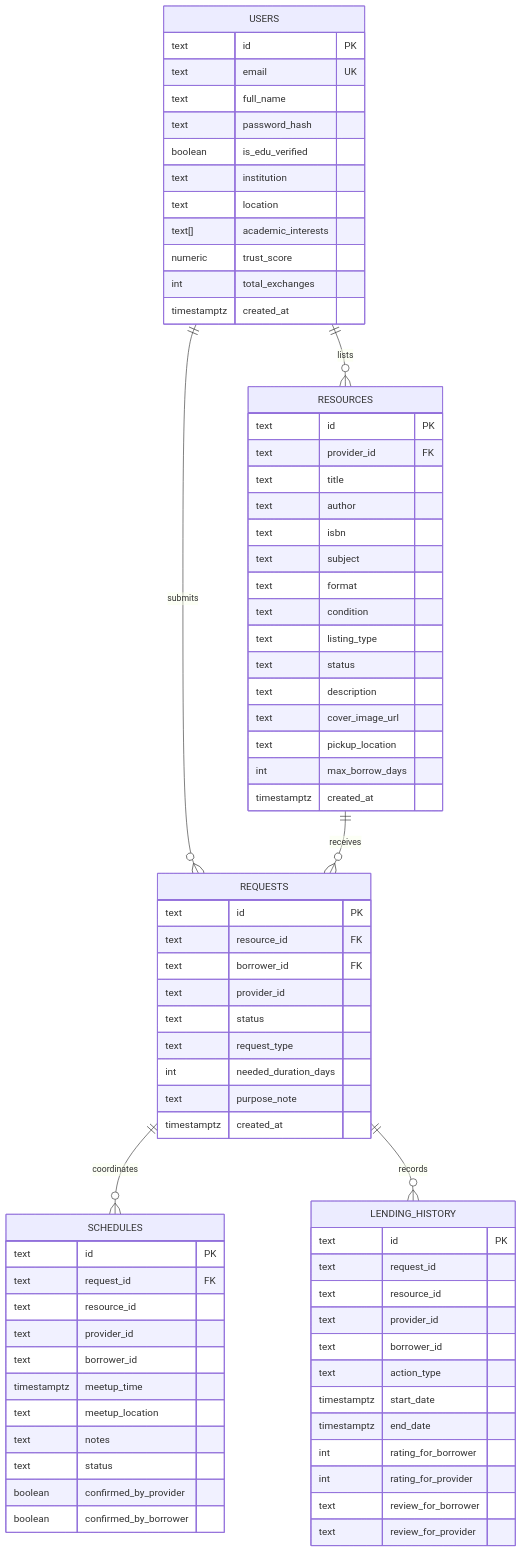
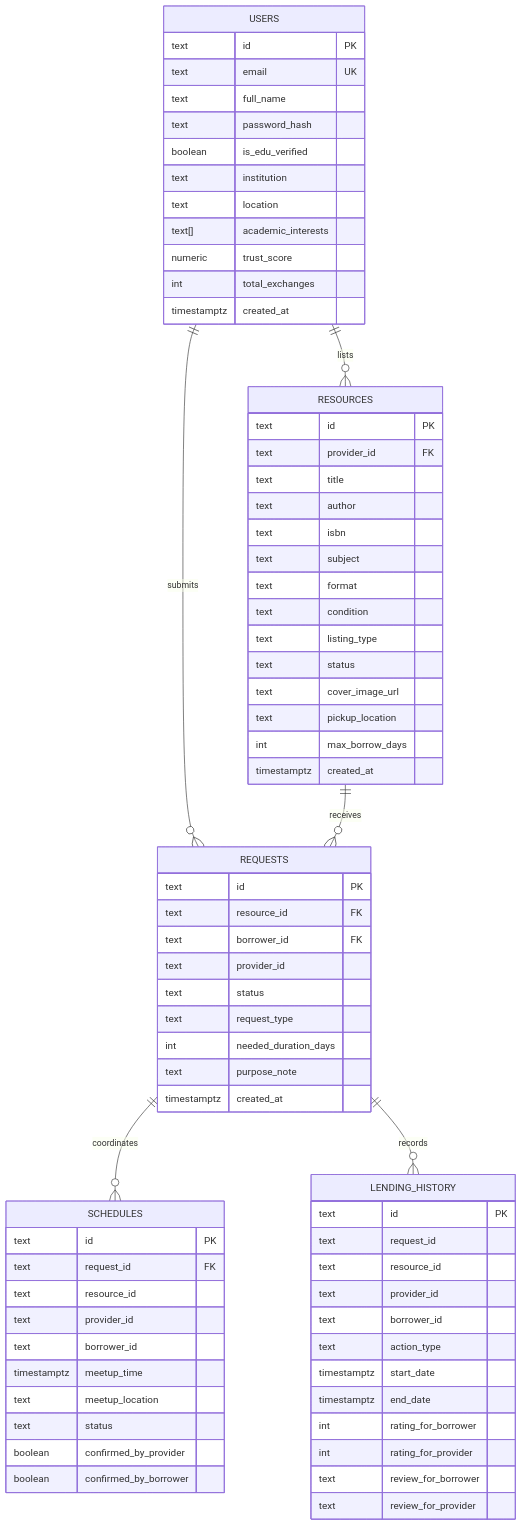
One commit to chandru07072007/Book changed the fourth of 4 diagrams in README.md. Above: the diagram before and after it, drawn with Mermaid. The commit also changed other lines of this file and 2 other files, not shown here.

Commit message:
Enhance all documentation with professional architecture, API guides, and component references

````diff
--- a/README.md
+++ b/README.md
@@ -183,81 +248,79 @@
 ```mermaid
 erDiagram
     USERS ||--o{ RESOURCES : "lists"
     USERS ||--o{ REQUESTS : "submits"
     RESOURCES ||--o{ REQUESTS : "receives"
     REQUESTS ||--o{ SCHEDULES : "coordinates"
     REQUESTS ||--o{ LENDING_HISTORY : "records"
 
     USERS {
         text id PK
         text email UK
         text full_name
         text password_hash
         boolean is_edu_verified
         text institution
         text location
         text[] academic_interests
         numeric trust_score
         int total_exchanges
         timestamptz created_at
     }
 
     RESOURCES {
         text id PK
         text provider_id FK
         text title
         text author
         text isbn
         text subject
         text format
         text condition
         text listing_type
         text status
-        text description
         text cover_image_url
         text pickup_location
         int max_borrow_days
         timestamptz created_at
     }
 
     REQUESTS {
         text id PK
         text resource_id FK
         text borrower_id FK
         text provider_id
         text status
         text request_type
         int needed_duration_days
         text purpose_note
         timestamptz created_at
     }
 
     SCHEDULES {
         text id PK
         text request_id FK
         text resource_id
         text provider_id
         text borrower_id
         timestamptz meetup_time
         text meetup_location
-        text notes
         text status
         boolean confirmed_by_provider
         boolean confirmed_by_borrower
     }
 
     LENDING_HISTORY {
         text id PK
         text request_id
         text resource_id
         text provider_id
         text borrower_id
         text action_type
         timestamptz start_date
         timestamptz end_date
         int rating_for_borrower
         int rating_for_provider
         text review_for_borrower
         text review_for_provider
     }
 ```
````
